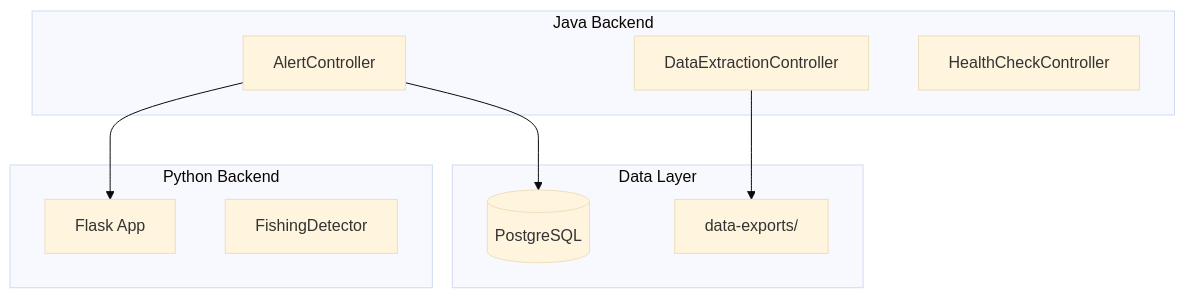
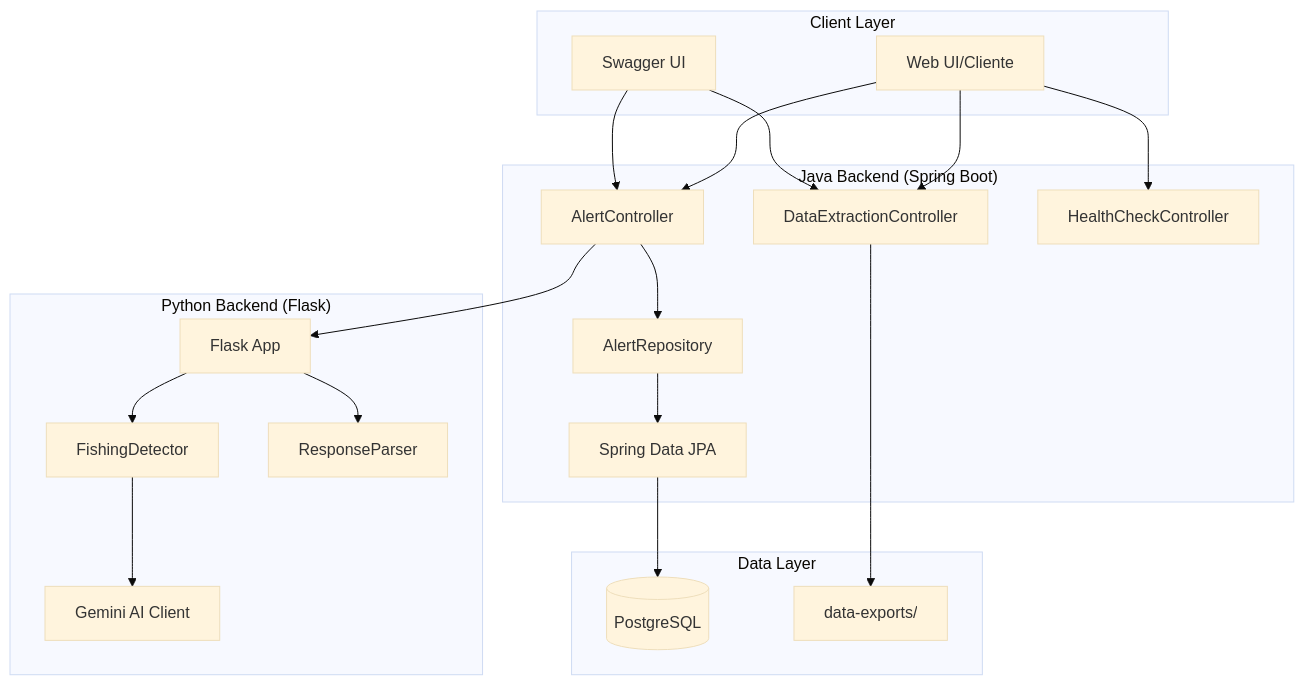
The first of 2 diagrams in README.md (mtsvi-moraes/fishing), drawn with Mermaid (base theme) before and after one commit. The commit also changed other lines of this file, not shown here.

Commit message:
Update README.md to enhance project documentation, clarify API endpoints, and introduce DataExtractionController for compliance and auditing

````diff
--- a/README.md
+++ b/README.md
@@ -128,22 +16,43 @@
 ```mermaid
 graph TB
-    subgraph "Java Backend"
+    subgraph "Client Layer"
+        UI[Web UI/Cliente]
+        SWAGGER[Swagger UI]
+    end
+    
+    subgraph "Java Backend (Spring Boot)"
         AC[AlertController]
         DEC[DataExtractionController]
         HC[HealthCheckController]
+        REPO[AlertRepository]
+        JPA[Spring Data JPA]
     end
     
-    subgraph "Python Backend"
+    subgraph "Python Backend (Flask)"
         FLASK[Flask App]
         FD[FishingDetector]
+        GEMINI[Gemini AI Client]
+        PARSER[ResponseParser]
     end
     
     subgraph "Data Layer"
         PG[(PostgreSQL)]
         FILES[data-exports/]
     end
     
+    UI --> AC
+    UI --> DEC
+    UI --> HC
+    SWAGGER --> AC
+    SWAGGER --> DEC
+    
+    AC --> REPO
+    AC --> FLASK
     DEC --> FILES
-    AC --> FLASK
-    AC --> PG
+    REPO --> JPA
+    JPA --> PG
+    
+    FLASK --> FD
+    FD --> GEMINI
+    FLASK --> PARSER
 ```
````
